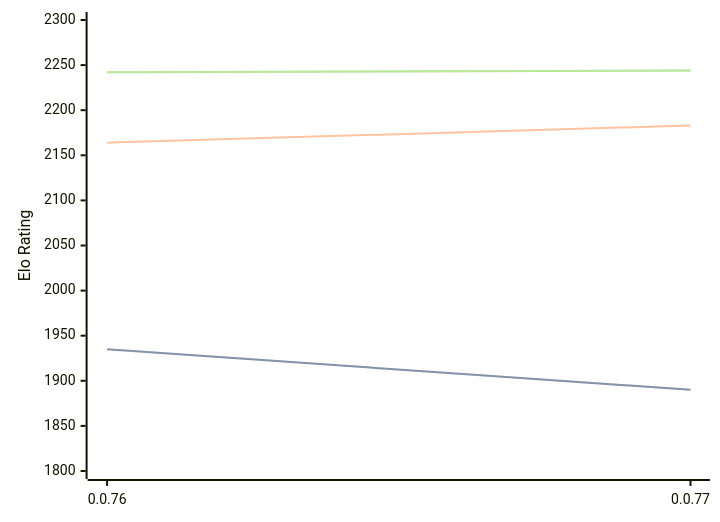
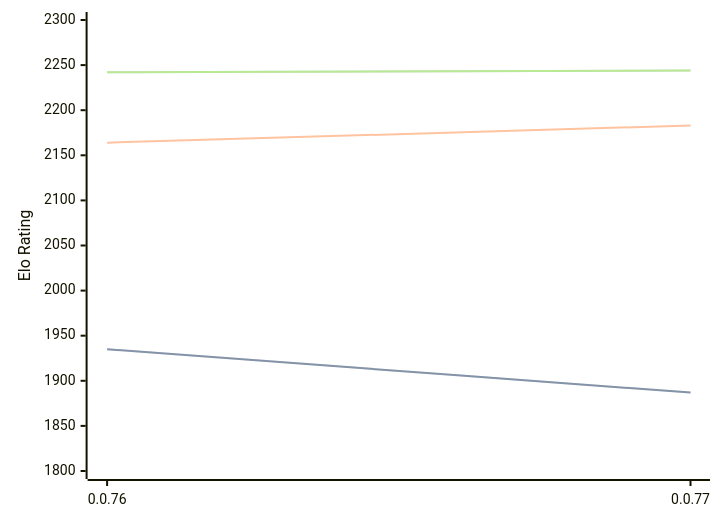
The diagram in engines/Fktb.md (computer-chess-index/cci), drawn with Mermaid before and after one commit. The commit also changed other lines of this file, not shown here.

Commit message:
Update CCI Ratings (ELO VLTC) - 2026-04-03

````diff
--- a/engines/Fktb.md
+++ b/engines/Fktb.md
@@ -32,11 +32,11 @@
 ```mermaid
 %%{init: {"theme":"base","themeVariables":{"seriesColors:['#a3a3a3','#222221','#faa371']}}}%%
 xychart-beta
   x-axis ["0.0.76", "0.0.77"]
   y-axis "Elo Rating" 1800 --> 2300
-  line "STC (8.0+0.08s)" [1935, 1890]
-  line "STC (8.0+0.08s)" [1935, 1890]
+  line "STC (8.0+0.08s)" [1935, 1887]
+  line "STC (8.0+0.08s)" [1935, 1887]
   line "LTC (60.0+0.60s)" [2164, 2183]
   line "VLTC (2m24s+1.12s)" [2242, 2244]
   line "VLTC (2m24s+1.12s)" [2242, 2244]
 ```
````
